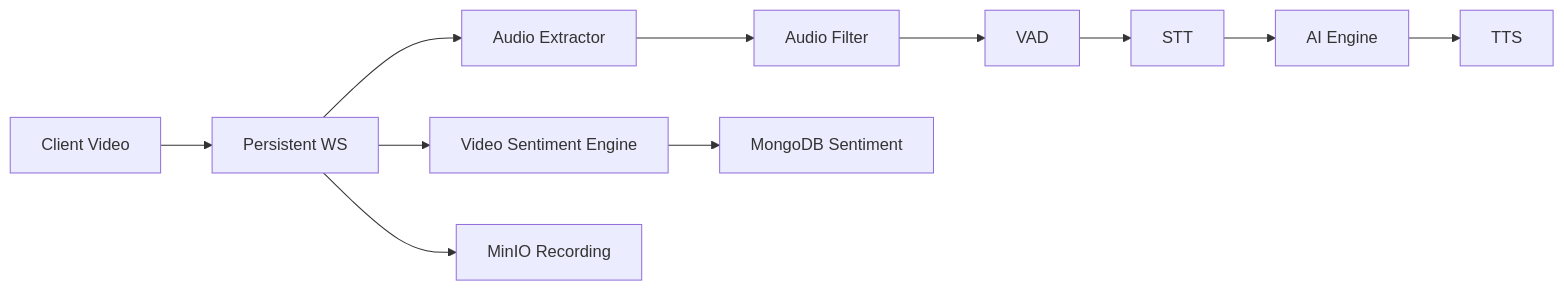
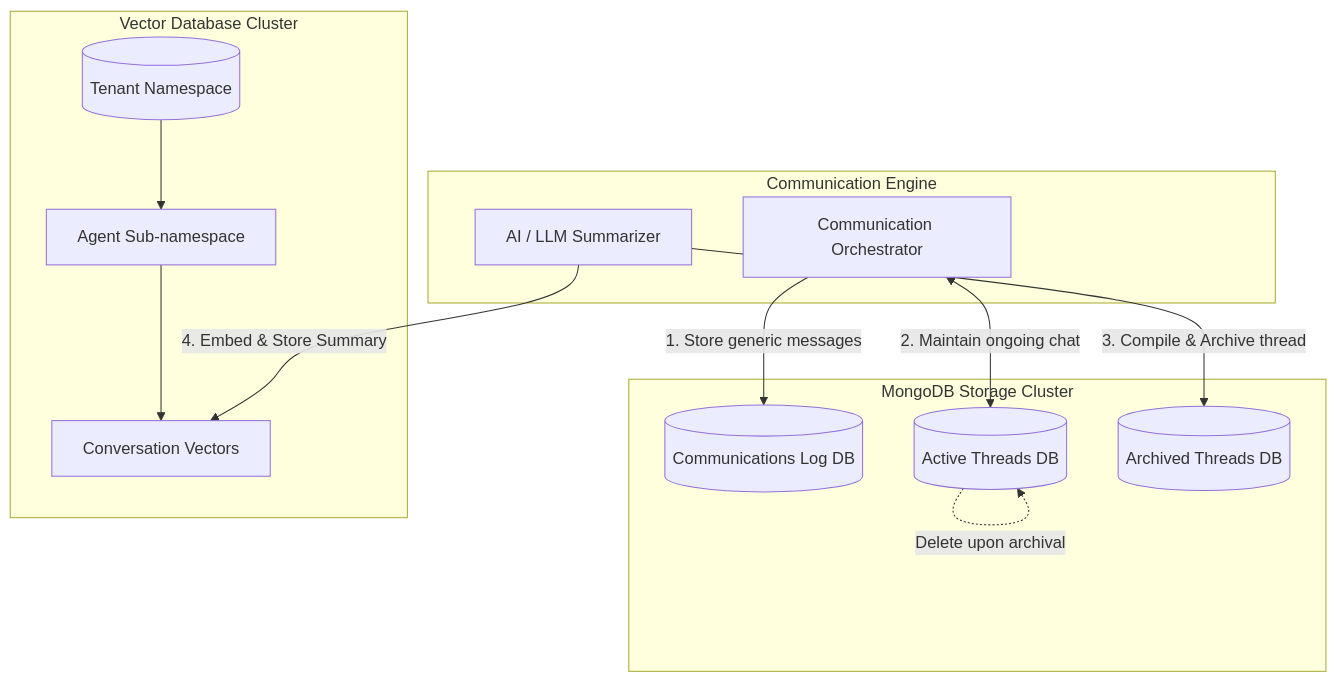
Diagram 15 of 18 in docs/QuestFlag_Communication_Module_Requirements_v15_FULL_DIAGRAMS.md (questflag/qf-apps), drawn with Mermaid before and after one commit. The commit also changed other lines of this file, not shown here.

````diff
--- a/docs/QuestFlag_Communication_Module_Requirements_v15_FULL_DIAGRAMS.md
+++ b/docs/QuestFlag_Communication_Module_Requirements_v15_FULL_DIAGRAMS.md
@@ -213,13 +491,28 @@
-``` mermaid
-flowchart LR
-A[Client Video] --> B[Persistent WS]
-B --> C[Audio Extractor]
-C --> D[Audio Filter]
-D --> E[VAD]
-E --> F[STT]
-F --> G[AI Engine]
-G --> H[TTS]
-B --> I[Video Sentiment Engine]
-I --> J[MongoDB Sentiment]
-B --> K[MinIO Recording]
+```mermaid
+flowchart TD
+    subgraph Communication Engine
+        A[Communication Orchestrator]
+        B[AI / LLM Summarizer]
+    end
+
+    subgraph MongoDB Storage Cluster
+        C[(Communications Log DB)]
+        D[(Active Threads DB)]
+        E[(Archived Threads DB)]
+    end
+
+    subgraph Vector Database Cluster
+        F[(Tenant Namespace)]
+        G[Agent Sub-namespace]
+        H[Conversation Vectors]
+    end
+
+    A -->|1. Store generic messages| C
+    A <-->|2. Maintain ongoing chat| D
+    B -->|3. Compile & Archive thread| E
+    B -->|4. Embed & Store Summary| H
+    D -.->|Delete upon archival| D
+    
+    F --> G
+    G --> H
 ```
````
